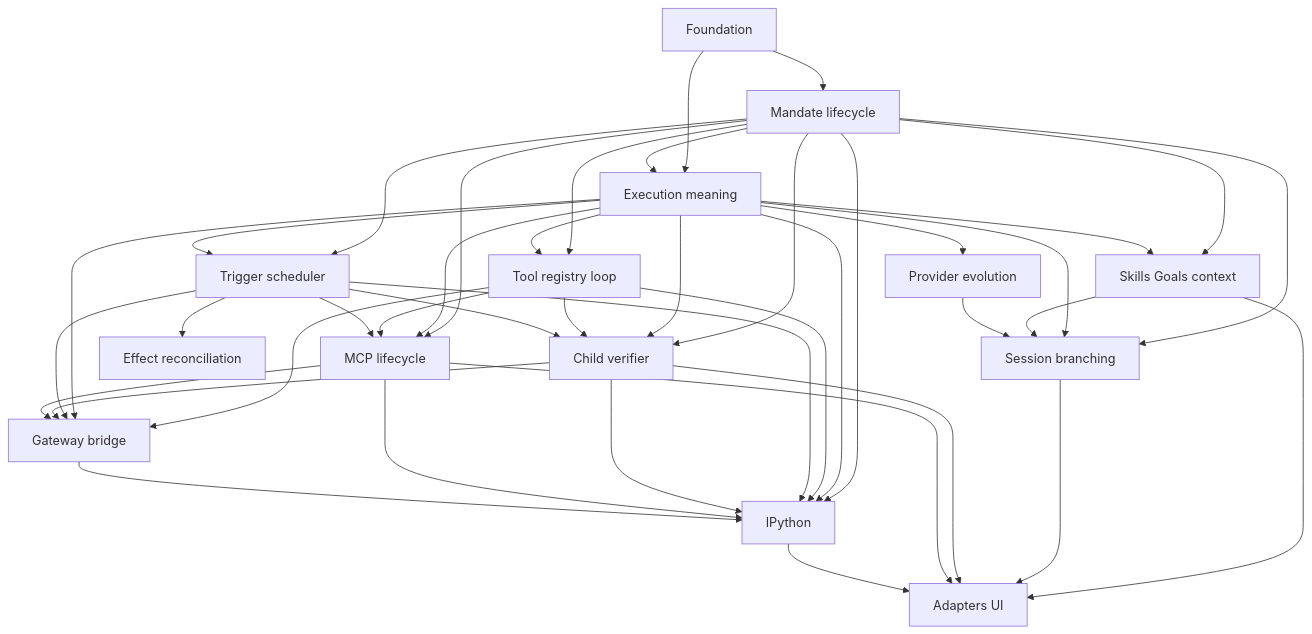
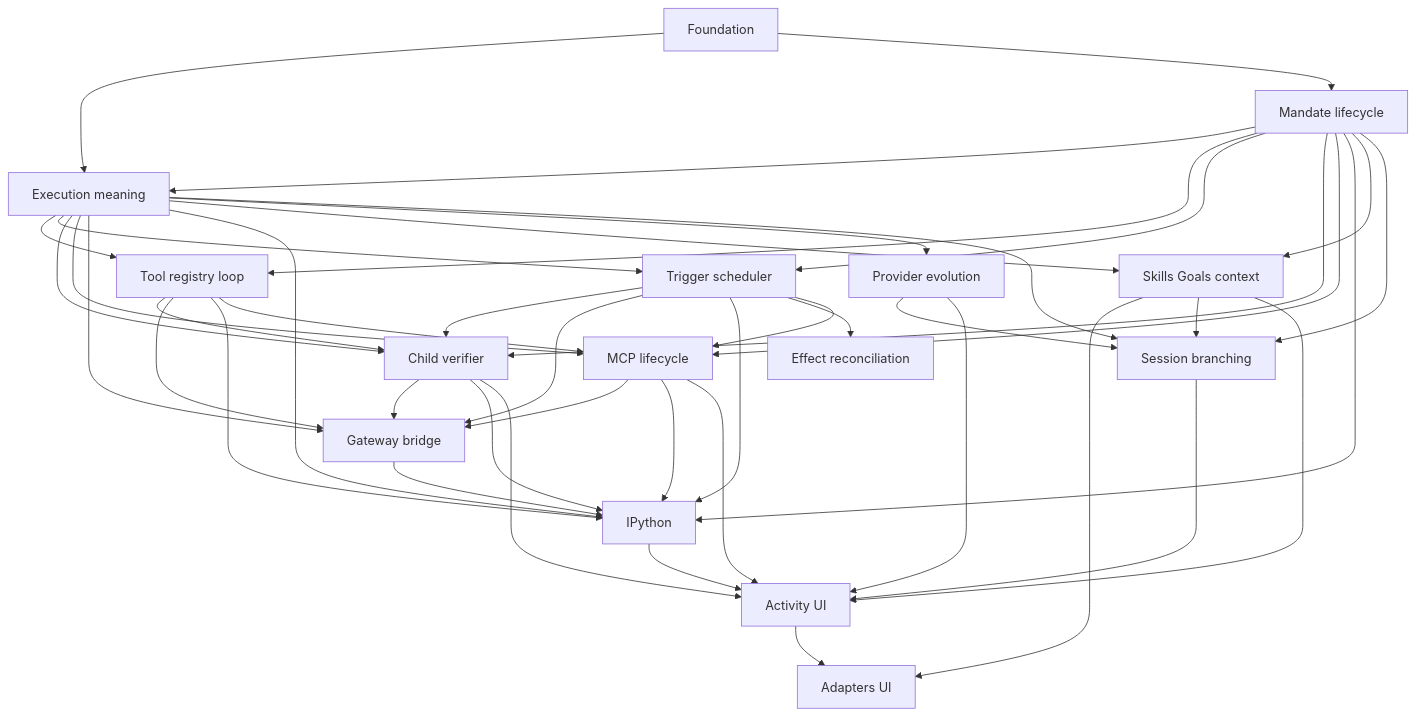
One commit to y0tsy/intention-relay changed the diagram in docs/intention-relay/reconciliation/ownership-and-dependency-map.md. Above: the diagram before and after it, drawn with Mermaid. The commit also changed other lines of this file and 27 other files, not shown here.

Commit message:
docs(architecture): define activity adapters

````diff
--- a/docs/intention-relay/reconciliation/ownership-and-dependency-map.md
+++ b/docs/intention-relay/reconciliation/ownership-and-dependency-map.md
@@ -29,43 +30,46 @@
 ```mermaid
 flowchart TD
   F[Foundation] --> E[Execution meaning]
   F --> M[Mandate lifecycle]
   M --> E
   M --> T[Tool registry loop]
   E --> T
   M --> S[Trigger scheduler]
   E --> S
   M --> C[Child verifier]
   E --> C
   T --> C
   S --> C
   M --> P[MCP lifecycle]
   E --> P
   T --> G[Gateway bridge]
   E --> G
   S --> G
   C --> G
   P --> G
   M --> I[IPython]
   E --> I
   T --> I
   S --> I
   C --> I
   P --> I
   S --> X[Effect reconciliation]
   T --> P
   S --> P
   M --> K[Skills Goals context]
   E --> K
   K --> U[Adapters UI]
   G --> I
   E --> V[Provider evolution]
   M --> B[Session branching]
   E --> B
   K --> B
   V --> B
-  B --> U[Adapters UI]
-  C --> U[Adapters UI]
-  P --> U
-  I --> U
+  B --> A[Activity UI]
+  C --> A
+  P --> A
+  I --> A
+  K --> A
+  V --> A
+  A --> U[Adapters UI]
 ```
````
